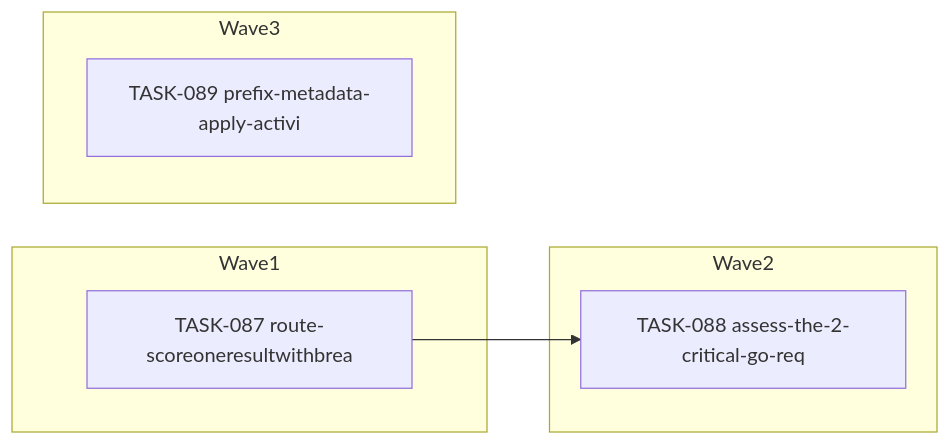
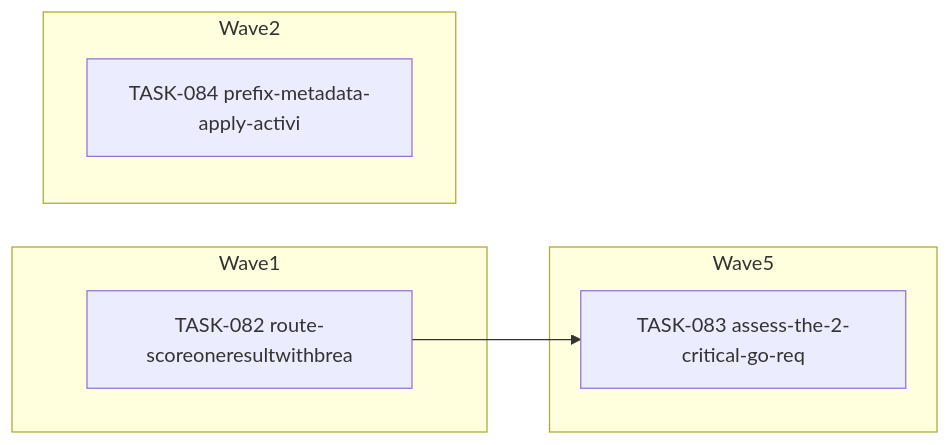
Before and after one commit to falkcorp/audiobook-organizer: the diagram in docs/agent-tasks/todo-completion/metadata/orchestration.md, drawn with Mermaid. The commit also changed other lines of this file and 428 other files, not shown here.

````diff
--- a/docs/agent-tasks/todo-completion/metadata/orchestration.md
+++ b/docs/agent-tasks/todo-completion/metadata/orchestration.md
@@ -12,13 +12,13 @@
 ```mermaid
 flowchart LR
     subgraph Wave1
-      TASK087[TASK-087 route-scoreoneresultwithbrea]
+      TASK082[TASK-082 route-scoreoneresultwithbrea]
     end
     subgraph Wave2
-      TASK088[TASK-088 assess-the-2-critical-go-req]
+      TASK084[TASK-084 prefix-metadata-apply-activi]
     end
-    subgraph Wave3
-      TASK089[TASK-089 prefix-metadata-apply-activi]
+    subgraph Wave5
+      TASK083[TASK-083 assess-the-2-critical-go-req]
     end
-    TASK087 --> TASK088
+    TASK082 --> TASK083
 ```
````
